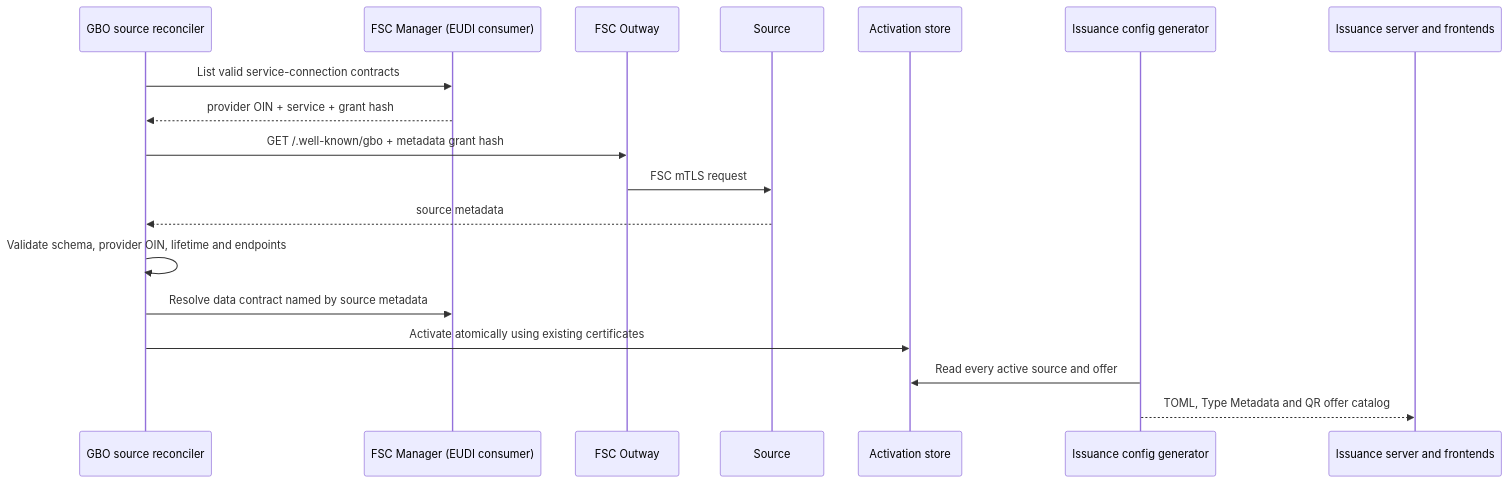
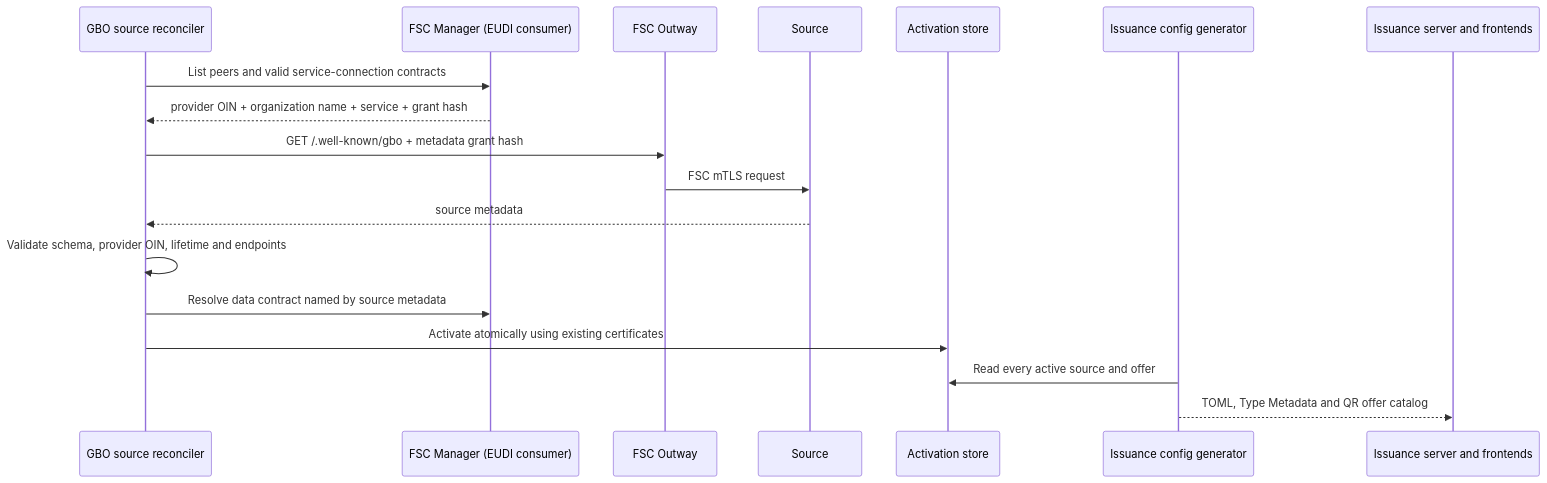
One commit to ICTU/GBO-demo changed the diagram in docs/source-onboarding.md. Above: the diagram before and after it, drawn with Mermaid. The commit also changed other lines of this file and 6 other files, not shown here.

````diff
--- a/docs/source-onboarding.md
+++ b/docs/source-onboarding.md
@@ -31,21 +32,21 @@
 ```mermaid
 sequenceDiagram
     participant R as GBO source reconciler
     participant M as FSC Manager (EUDI consumer)
     participant O as FSC Outway
     participant B as Source
     participant S as Activation store
     participant G as Issuance config generator
     participant I as Issuance server and frontends
 
-    R->>M: List valid service-connection contracts
-    M-->>R: provider OIN + service + grant hash
+    R->>M: List peers and valid service-connection contracts
+    M-->>R: provider OIN + organization name + service + grant hash
     R->>O: GET /.well-known/gbo + metadata grant hash
     O->>B: FSC mTLS request
     B-->>R: source metadata
     R->>R: Validate schema, provider OIN, lifetime and endpoints
     R->>M: Resolve data contract named by source metadata
     R->>S: Activate atomically using existing certificates
     G->>S: Read every active source and offer
     G-->>I: TOML, Type Metadata and QR offer catalog
 ```
````
